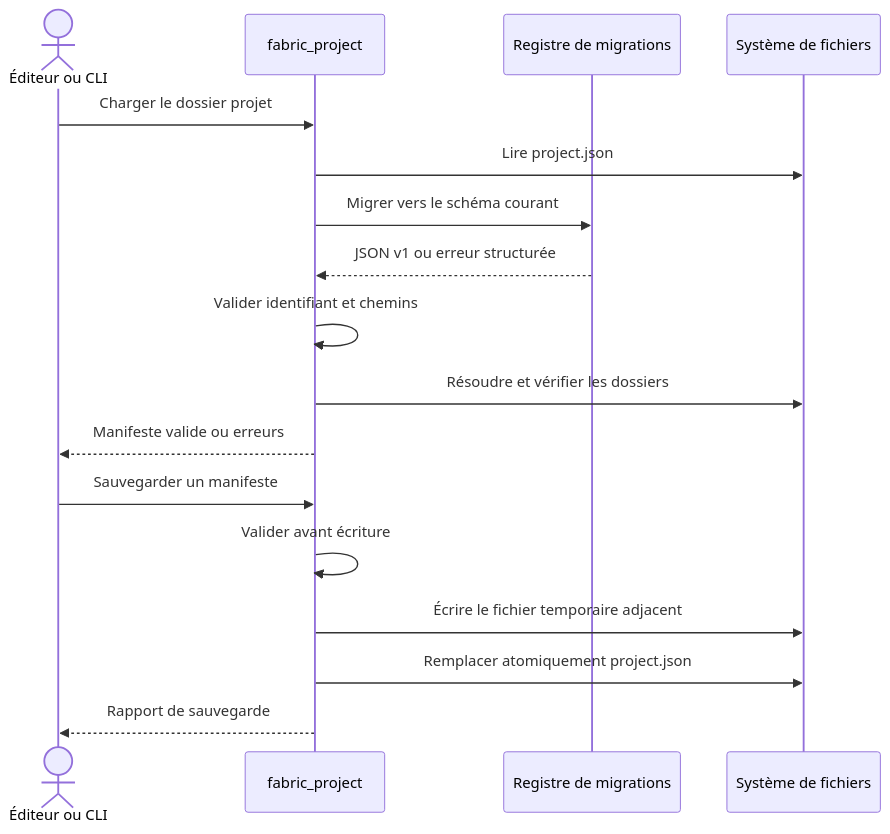
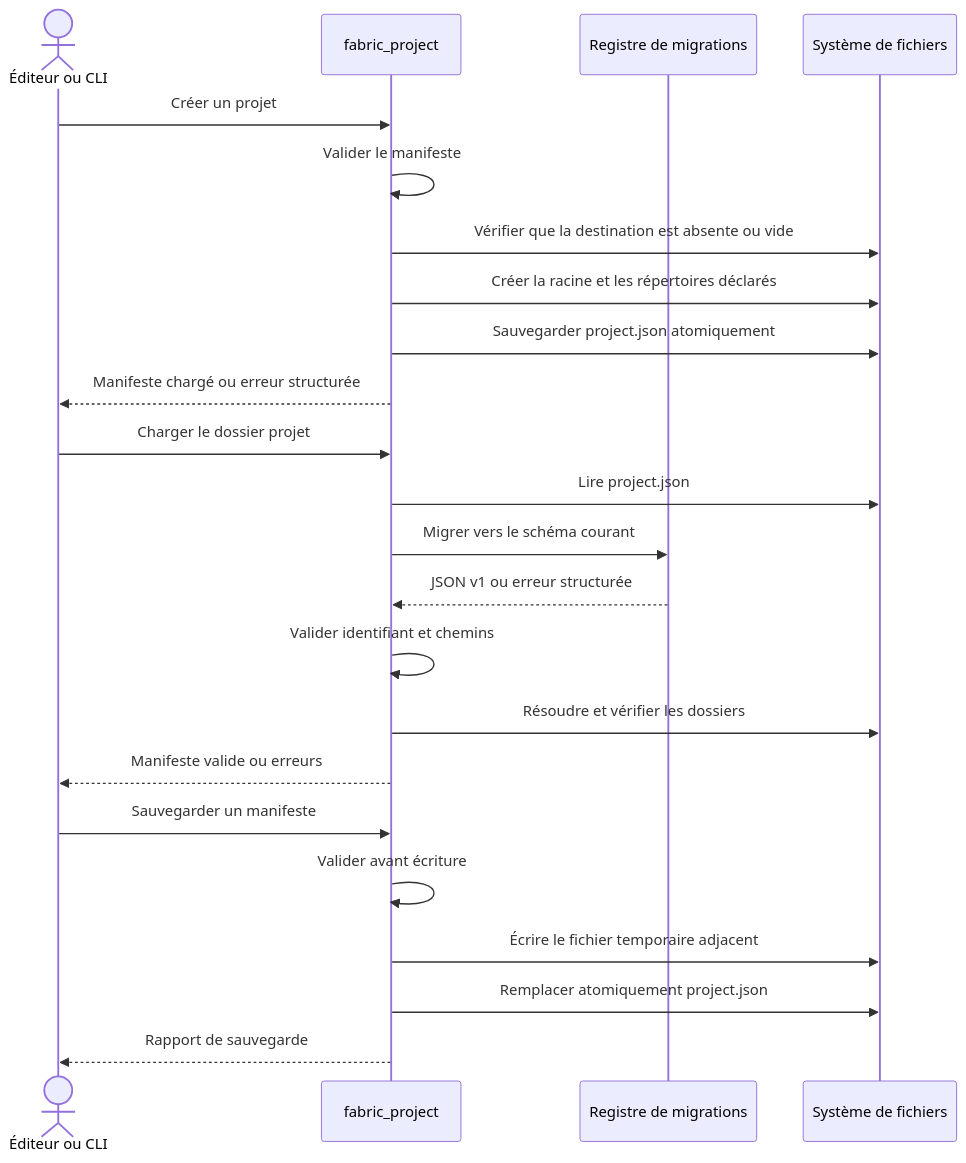
The diagram in docs/workflows/project-validation.md (tristan-monticelli/vertex-loom), drawn with Mermaid before and after one commit. The commit also changed other lines of this file and 15 other files, not shown here.

````diff
--- a/docs/workflows/project-validation.md
+++ b/docs/workflows/project-validation.md
@@ -3,21 +3,28 @@
 ```mermaid
 sequenceDiagram
     actor Caller as Éditeur ou CLI
     participant Project as fabric_project
     participant Migration as Registre de migrations
     participant Files as Système de fichiers
+
+    Caller->>Project: Créer un projet
+    Project->>Project: Valider le manifeste
+    Project->>Files: Vérifier que la destination est absente ou vide
+    Project->>Files: Créer la racine et les répertoires déclarés
+    Project->>Files: Sauvegarder project.json atomiquement
+    Project-->>Caller: Manifeste chargé ou erreur structurée
 
     Caller->>Project: Charger le dossier projet
     Project->>Files: Lire project.json
     Project->>Migration: Migrer vers le schéma courant
     Migration-->>Project: JSON v1 ou erreur structurée
     Project->>Project: Valider identifiant et chemins
     Project->>Files: Résoudre et vérifier les dossiers
     Project-->>Caller: Manifeste valide ou erreurs
 
     Caller->>Project: Sauvegarder un manifeste
     Project->>Project: Valider avant écriture
     Project->>Files: Écrire le fichier temporaire adjacent
     Project->>Files: Remplacer atomiquement project.json
     Project-->>Caller: Rapport de sauvegarde
 ```
````
